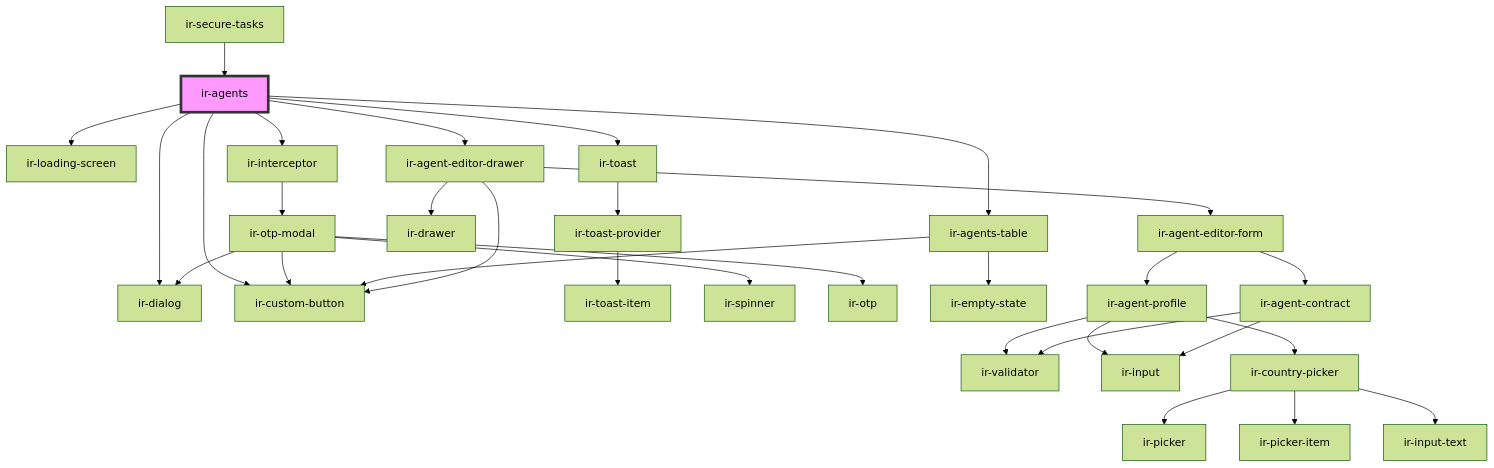
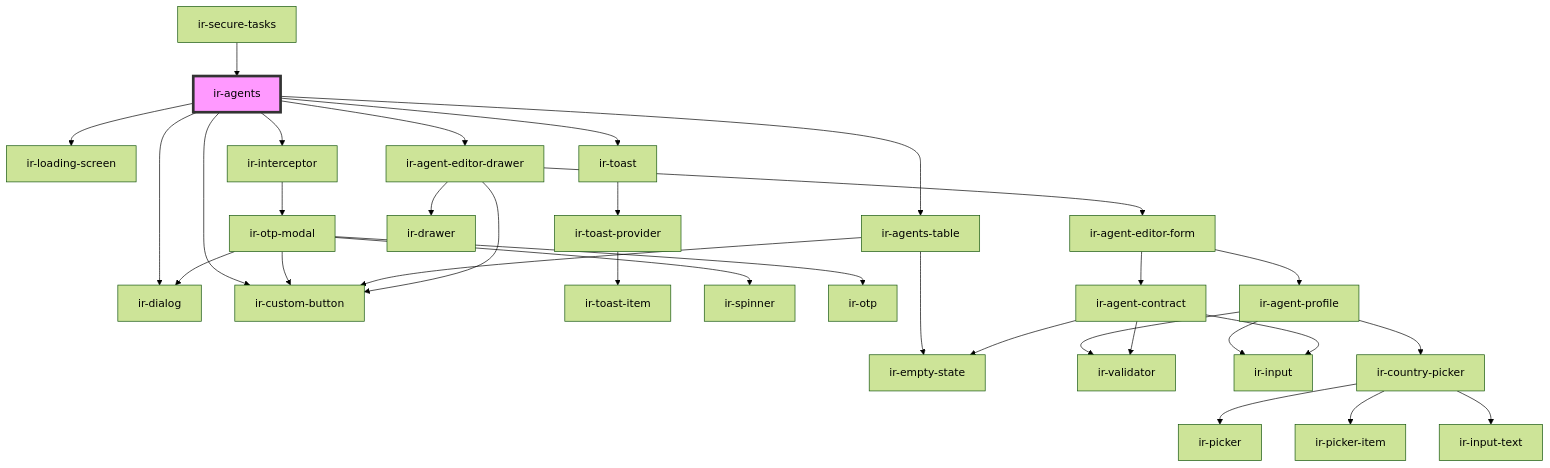
Before and after one commit to RonyRizk/ir-webcmp: the diagram in src/components/ir-agents/readme.md, drawn with Mermaid (forest theme). The commit also changed other lines of this file and 857 other files, not shown here.

````diff
--- a/src/components/ir-agents/readme.md
+++ b/src/components/ir-agents/readme.md
@@ -35,34 +33,35 @@
 ```mermaid
 graph TD;
   ir-agents --> ir-loading-screen
   ir-agents --> ir-toast
   ir-agents --> ir-interceptor
   ir-agents --> ir-agents-table
   ir-agents --> ir-agent-editor-drawer
   ir-agents --> ir-dialog
   ir-agents --> ir-custom-button
   ir-toast --> ir-toast-provider
   ir-toast-provider --> ir-toast-item
   ir-interceptor --> ir-otp-modal
   ir-otp-modal --> ir-dialog
   ir-otp-modal --> ir-spinner
   ir-otp-modal --> ir-otp
   ir-otp-modal --> ir-custom-button
   ir-agents-table --> ir-custom-button
   ir-agents-table --> ir-empty-state
   ir-agent-editor-drawer --> ir-drawer
   ir-agent-editor-drawer --> ir-agent-editor-form
   ir-agent-editor-drawer --> ir-custom-button
   ir-agent-editor-form --> ir-agent-profile
   ir-agent-editor-form --> ir-agent-contract
   ir-agent-profile --> ir-validator
   ir-agent-profile --> ir-input
   ir-agent-profile --> ir-country-picker
   ir-country-picker --> ir-picker
   ir-country-picker --> ir-picker-item
   ir-country-picker --> ir-input-text
+  ir-agent-contract --> ir-input
+  ir-agent-contract --> ir-empty-state
   ir-agent-contract --> ir-validator
-  ir-agent-contract --> ir-input
   ir-secure-tasks --> ir-agents
   style ir-agents fill:#f9f,stroke:#333,stroke-width:4px
 ```
````
